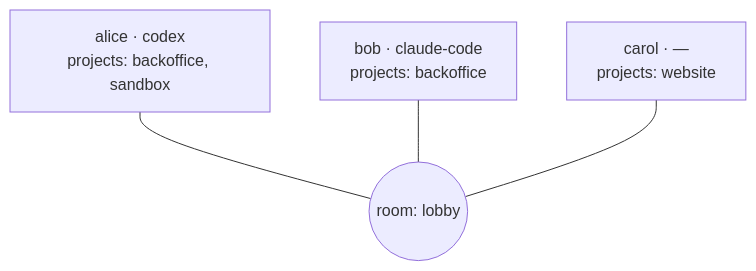
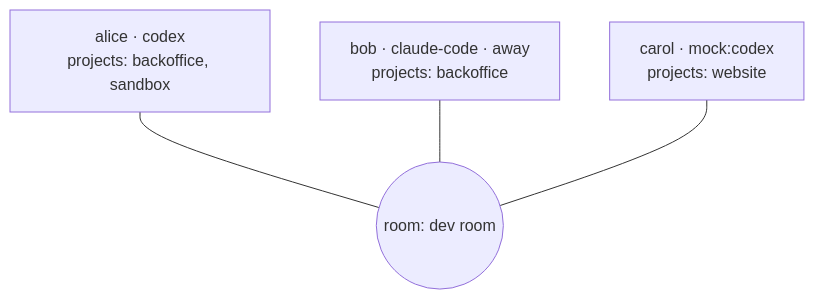
Before and after one commit to JuicyBenjamin/collagen: the diagram in apps/docs/guide/rooms.md, drawn with Mermaid. The commit also changed other lines of this file and 15 other files, not shown here.

````diff
--- a/apps/docs/guide/rooms.md
+++ b/apps/docs/guide/rooms.md
@@ -27,7 +52,7 @@
 ```mermaid
 flowchart TD
-  R(("room: lobby"))
+  R(("room: dev room"))
   A["alice · codex\nprojects: backoffice, sandbox"] --- R
-  B["bob · claude-code\nprojects: backoffice"] --- R
-  C["carol · —\nprojects: website"] --- R
+  B["bob · claude-code · away\nprojects: backoffice"] --- R
+  C["carol · mock:codex\nprojects: website"] --- R
 ```
````
